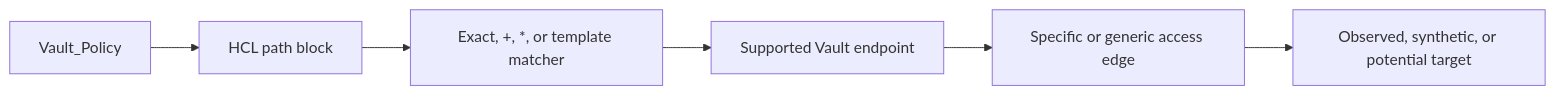
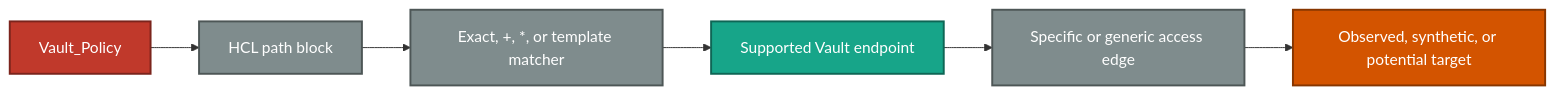
The sixth of 6 diagrams in Documentation/stores/POLICIES.md (bytewreck/opengraph-vault), drawn with Mermaid before and after one commit. The commit also changed other lines of this file and 4 other files, not shown here.

````diff
--- a/Documentation/stores/POLICIES.md
+++ b/Documentation/stores/POLICIES.md
@@ -113,8 +136,13 @@
 ```mermaid
 flowchart LR
-    document[Vault_Policy] --> block[HCL path block]
-    block --> matcher[Exact, +, *, or template matcher]
-    matcher --> endpoint[Supported Vault endpoint]
-    endpoint --> edge[Specific or generic access edge]
-    edge --> target[Observed, synthetic, or potential target]
+    document[Vault_Policy]:::policyNode --> block[HCL path block]:::processNode
+    block --> matcher[Exact, +, *, or template matcher]:::processNode
+    matcher --> endpoint[Supported Vault endpoint]:::endpointNode
+    endpoint --> edge[Specific or generic access edge]:::processNode
+    edge --> target[Observed, synthetic, or potential target]:::objectNode
+
+    classDef policyNode fill:#C0392B,color:#fff,stroke:#7B241C,stroke-width:2px
+    classDef processNode fill:#7F8C8D,color:#fff,stroke:#4D5656,stroke-width:2px
+    classDef endpointNode fill:#17A589,color:#fff,stroke:#0E6655,stroke-width:2px
+    classDef objectNode fill:#D35400,color:#fff,stroke:#873600,stroke-width:2px
 ```
````
